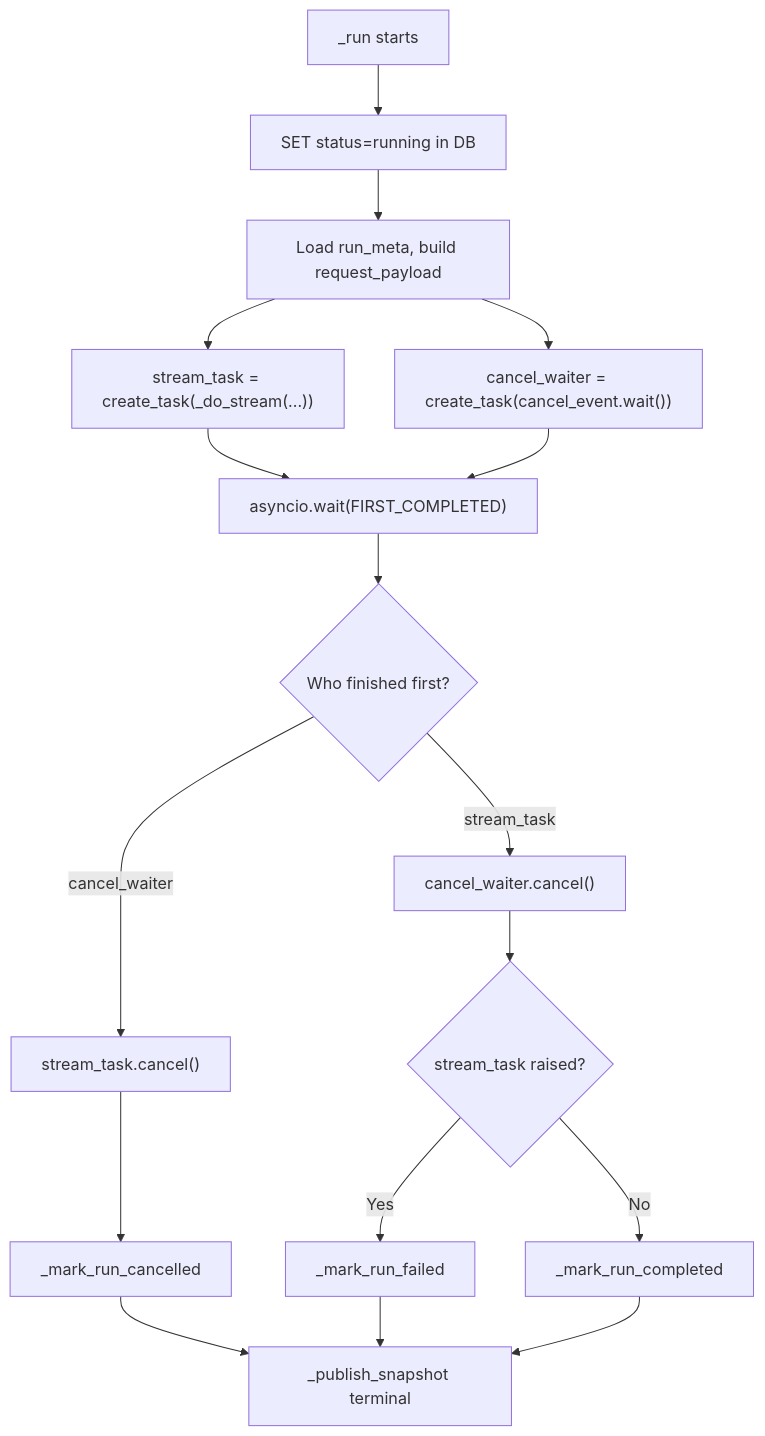
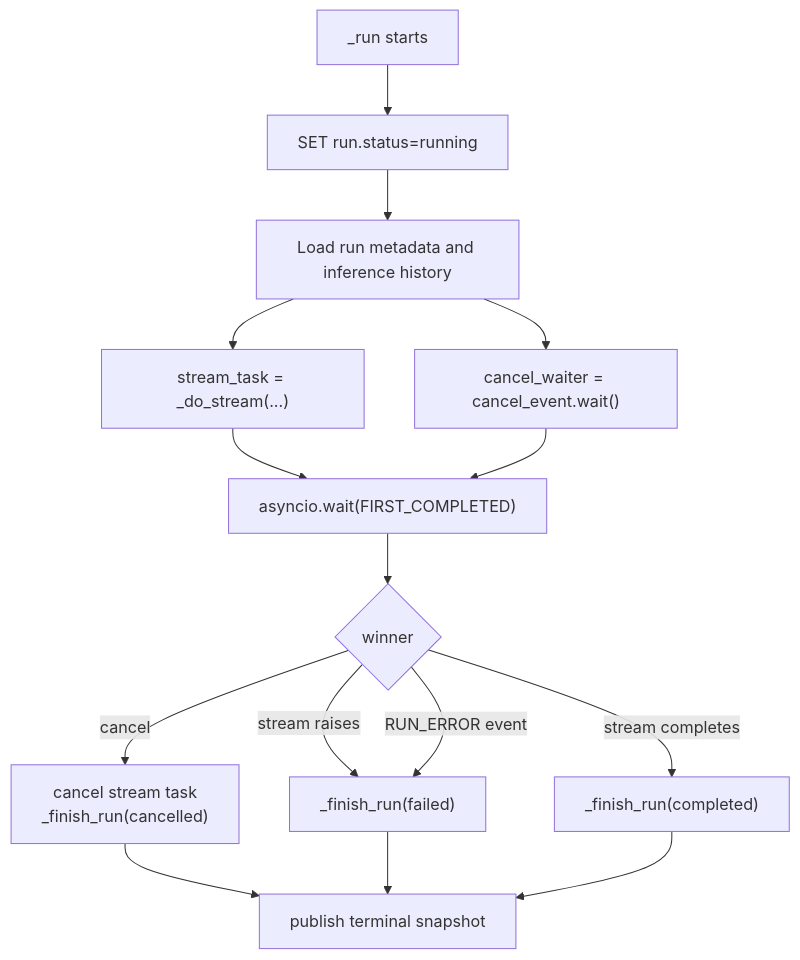
One commit to konstantinosmpouros/mAgenticX changed the fifth of 9 diagrams in docs/flows/inference-streaming.md. Above: the diagram before and after it, drawn with Mermaid. The commit also changed other lines of this file and 26 other files, not shown here.

Commit message:
Refactor inference start flow to backend-owned runs

````diff
--- a/docs/flows/inference-streaming.md
+++ b/docs/flows/inference-streaming.md
@@ -112,16 +271,14 @@
 ```mermaid
 flowchart TD
-    A["_run starts"] --> B["SET status=running in DB"]
-    B --> C["Load run_meta, build request_payload"]
-    C --> D["stream_task = create_task(_do_stream(...))"]
-    C --> E["cancel_waiter = create_task(cancel_event.wait())"]
+    A["_run starts"] --> B["SET run.status=running"]
+    B --> C["Load run metadata and inference history"]
+    C --> D["stream_task = _do_stream(...)"]
+    C --> E["cancel_waiter = cancel_event.wait()"]
     D & E --> F["asyncio.wait(FIRST_COMPLETED)"]
-    F --> G{Who finished first?}
-    G -->|cancel_waiter| H["stream_task.cancel()"]
-    H --> I["_mark_run_cancelled"]
-    G -->|stream_task| J["cancel_waiter.cancel()"]
-    J --> K{stream_task raised?}
-    K -->|Yes| L["_mark_run_failed"]
-    K -->|No| M["_mark_run_completed"]
-    I & L & M --> N["_publish_snapshot terminal"]
+    F --> G{winner}
+    G -->|"cancel"| H["cancel stream task\n_finish_run(cancelled)"]
+    G -->|"stream raises"| I["_finish_run(failed)"]
+    G -->|"RUN_ERROR event"| I
+    G -->|"stream completes"| J["_finish_run(completed)"]
+    H & I & J --> K["publish terminal snapshot"]
 ```
````
